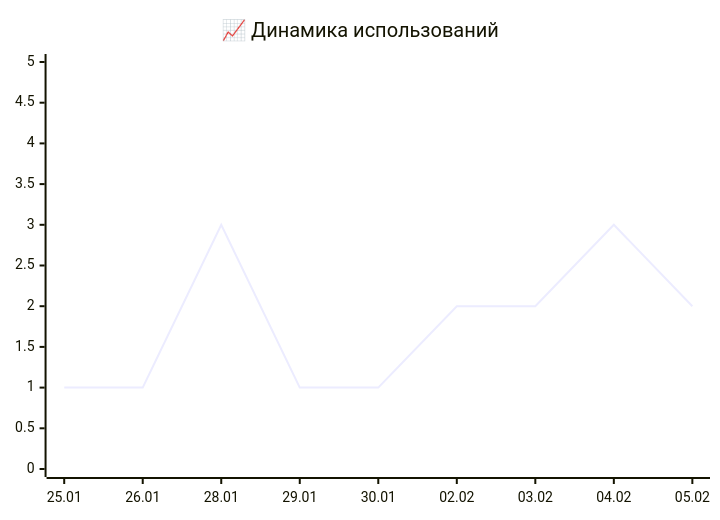
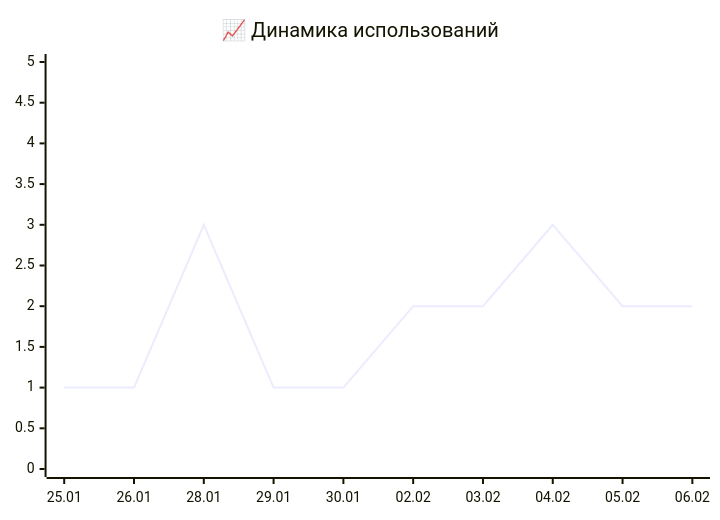
The first of 2 diagrams in README.md (IliaKurdukov/the_security_curves), drawn with Mermaid before and after one commit. The commit also changed other lines of this file, not shown here.

````diff
--- a/README.md
+++ b/README.md
@@ -34,16 +34,16 @@
 ```mermaid
 %%{init: {'config': {
   'xychart': {
     'width': 400,
     'height': 300,
     'showDataLabel': true,
     'plotColorPalette': '#3572a5'
   }
 }}}%%
 xychart-beta
     title "📈 Динамика использований"
-    x-axis ["25.01", "26.01", "28.01", "29.01", "30.01", "02.02", "03.02", "04.02", "05.02"]
+    x-axis ["25.01", "26.01", "28.01", "29.01", "30.01", "02.02", "03.02", "04.02", "05.02", "06.02"]
     y-axis "" 0 --> 5
-    line [1, 1, 3, 1, 1, 2, 2, 3, 2]
+    line [1, 1, 3, 1, 1, 2, 2, 3, 2, 2]
 
 ```
````
